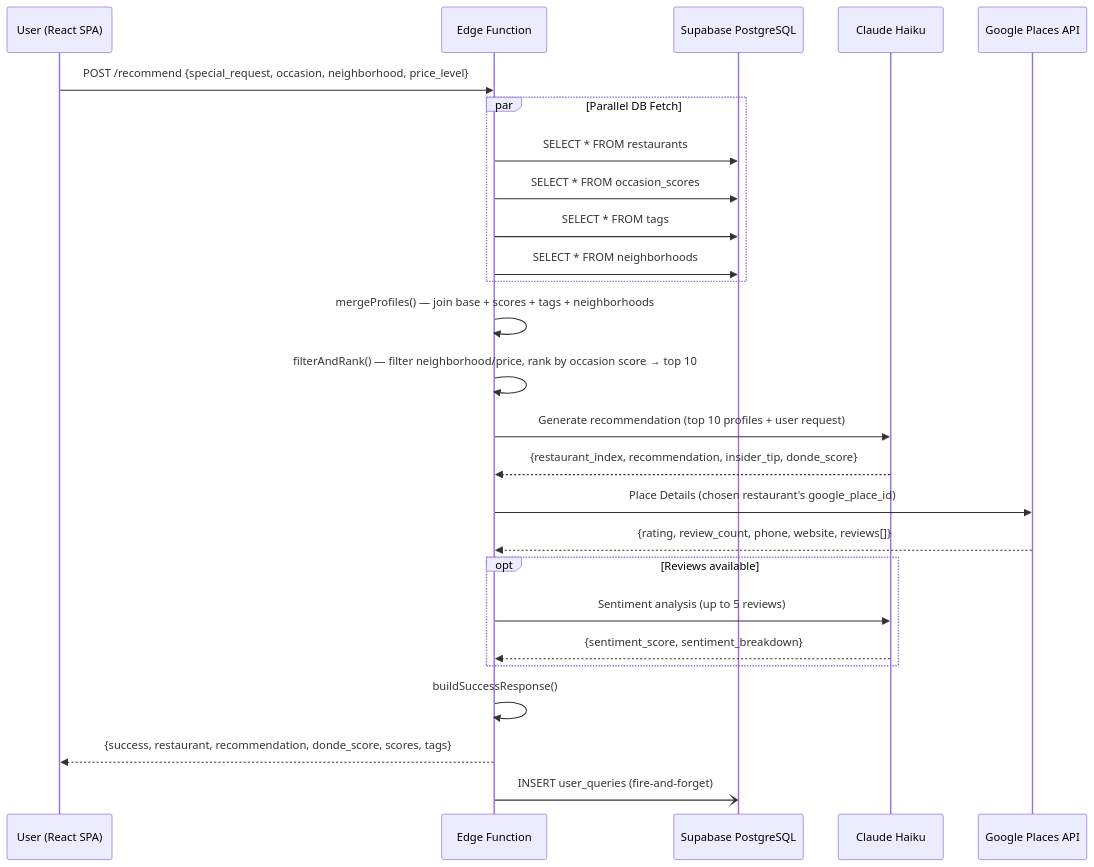
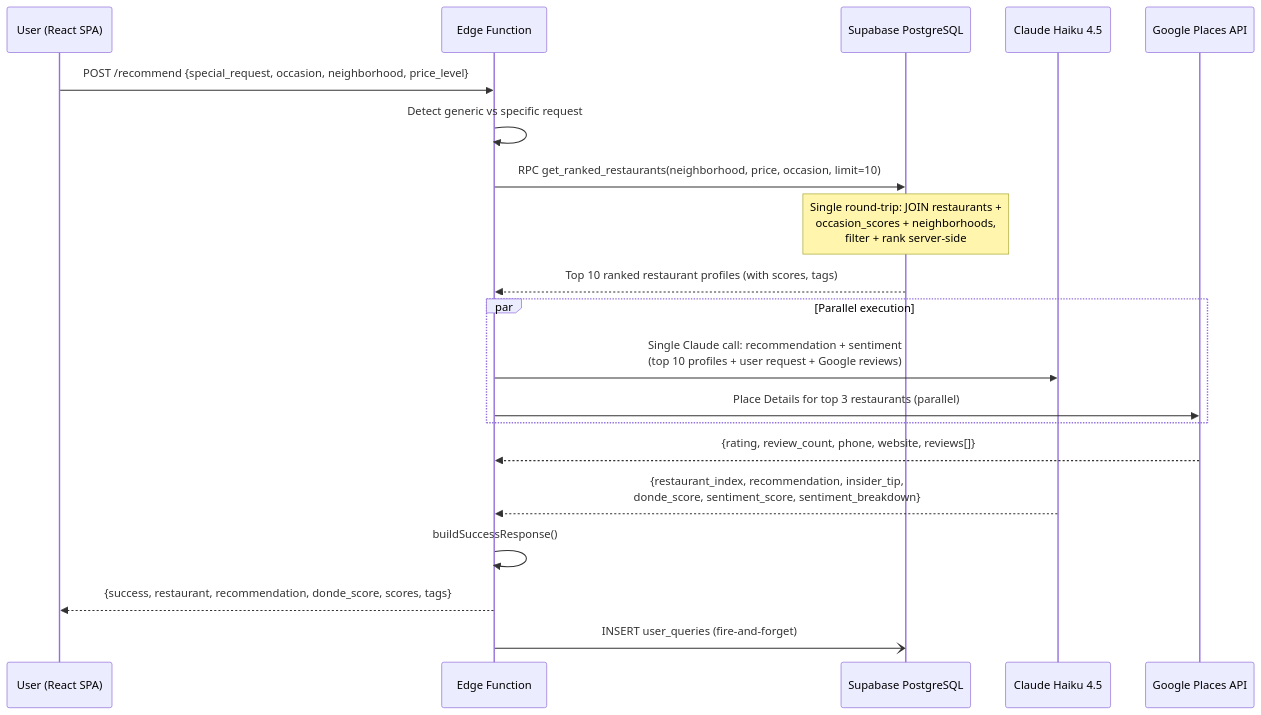
The second of 10 diagrams in docs/system-architecture.md (aacrit/dondeBackend), drawn with Mermaid before and after one commit. The commit also changed other lines of this file, not shown here.

First line of the commit message:
Update system architecture to reflect current optimized design

````diff
--- a/docs/system-architecture.md
+++ b/docs/system-architecture.md
@@ -69,36 +85,28 @@
 ```mermaid
 sequenceDiagram
     participant U as User (React SPA)
     participant EF as Edge Function
     participant DB as Supabase PostgreSQL
-    participant C as Claude Haiku
+    participant C as Claude Haiku 4.5
     participant G as Google Places API
 
     U->>EF: POST /recommend {special_request, occasion, neighborhood, price_level}
 
-    par Parallel DB Fetch
-        EF->>DB: SELECT * FROM restaurants
-        EF->>DB: SELECT * FROM occasion_scores
-        EF->>DB: SELECT * FROM tags
-        EF->>DB: SELECT * FROM neighborhoods
+    EF->>EF: Detect generic vs specific request
+
+    EF->>DB: RPC get_ranked_restaurants(neighborhood, price, occasion, limit=10)
+    Note over DB: Single round-trip: JOIN restaurants +<br/>occasion_scores + neighborhoods,<br/>filter + rank server-side
+    DB-->>EF: Top 10 ranked restaurant profiles (with scores, tags)
+
+    par Parallel execution
+        EF->>C: Single Claude call: recommendation + sentiment<br/>(top 10 profiles + user request + Google reviews)
+        EF->>G: Place Details for top 3 restaurants (parallel)
     end
-
-    EF->>EF: mergeProfiles() — join base + scores + tags + neighborhoods
-    EF->>EF: filterAndRank() — filter neighborhood/price, rank by occasion score → top 10
-
-    EF->>C: Generate recommendation (top 10 profiles + user request)
-    C-->>EF: {restaurant_index, recommendation, insider_tip, donde_score}
-
-    EF->>G: Place Details (chosen restaurant's google_place_id)
     G-->>EF: {rating, review_count, phone, website, reviews[]}
-
-    opt Reviews available
-        EF->>C: Sentiment analysis (up to 5 reviews)
-        C-->>EF: {sentiment_score, sentiment_breakdown}
-    end
+    C-->>EF: {restaurant_index, recommendation, insider_tip,<br/>donde_score, sentiment_score, sentiment_breakdown}
 
     EF->>EF: buildSuccessResponse()
     EF-->>U: {success, restaurant, recommendation, donde_score, scores, tags}
 
     EF-)DB: INSERT user_queries (fire-and-forget)
 ```
````
